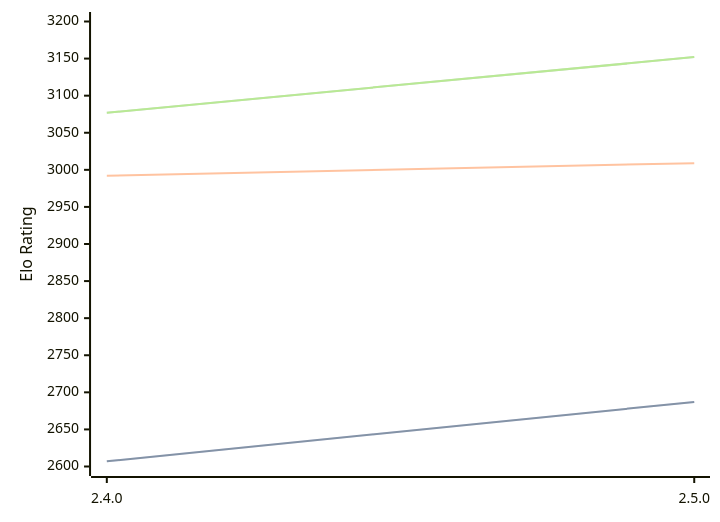
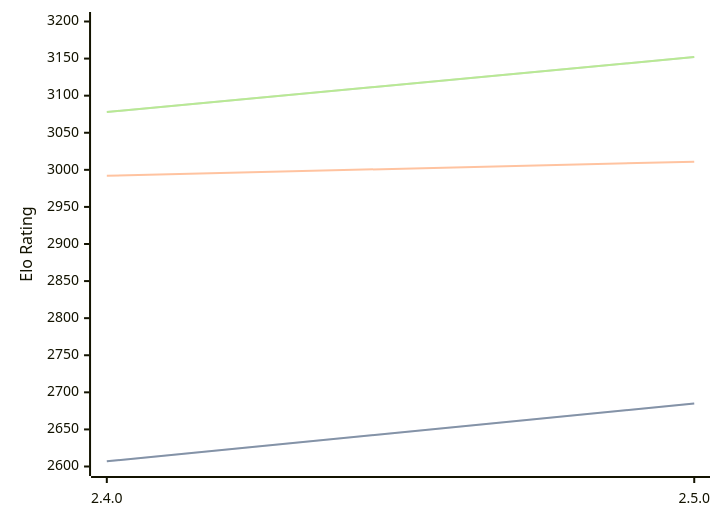
Before and after one commit to computer-chess-index/cci: the first of 3 diagrams in engines/Sturddle2.md, drawn with Mermaid. The commit also changed other lines of this file, not shown here.

Commit message:
Update CCI Ratings (ELO VLTC) - 2026-07-17

````diff
--- a/engines/Sturddle2.md
+++ b/engines/Sturddle2.md
@@ -37,11 +37,11 @@
 ```mermaid
 %%{init: {"theme":"base","themeVariables":{"seriesColors:['#a3a3a3','#222221','#faa371']}}}%%
 xychart-beta
   x-axis ["2.4.0", "2.5.0"]
   y-axis "Elo Rating" 2600 --> 3200
-  line "STC (8.0+0.08s)" [2607, 2687]
-  line "STC (8.0+0.08s)" [2607, 2687]
-  line "LTC (60.0+0.60s)" [2992, 3009]
-  line "VLTC (2m24s+1.12s)" [3077, 3152]
-  line "VLTC (2m24s+1.12s)" [3077, 3152]
+  line "STC (8.0+0.08s)" [2607, 2685]
+  line "STC (8.0+0.08s)" [2607, 2685]
+  line "LTC (60.0+0.60s)" [2992, 3011]
+  line "VLTC (2m24s+1.12s)" [3078, 3152]
+  line "VLTC (2m24s+1.12s)" [3078, 3152]
 ```
````
